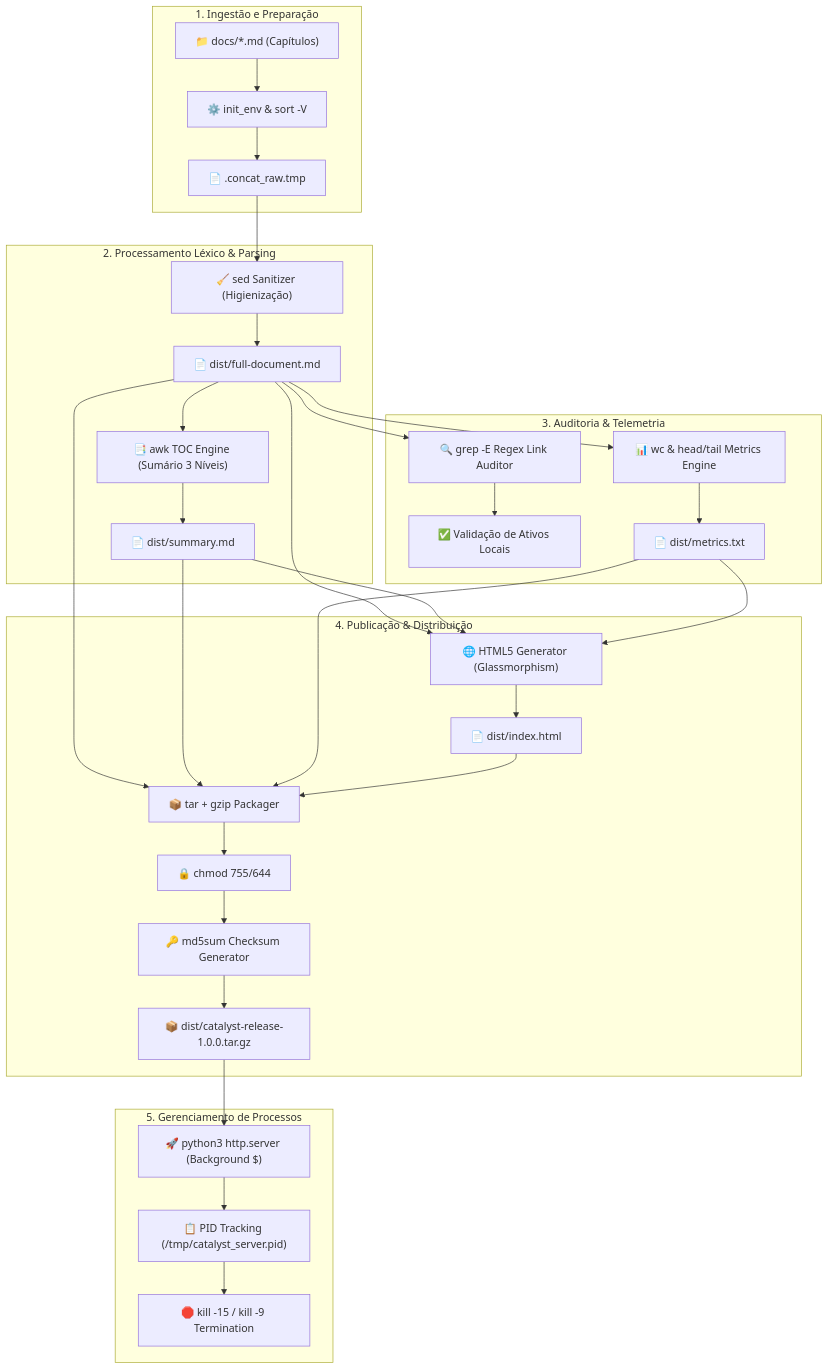
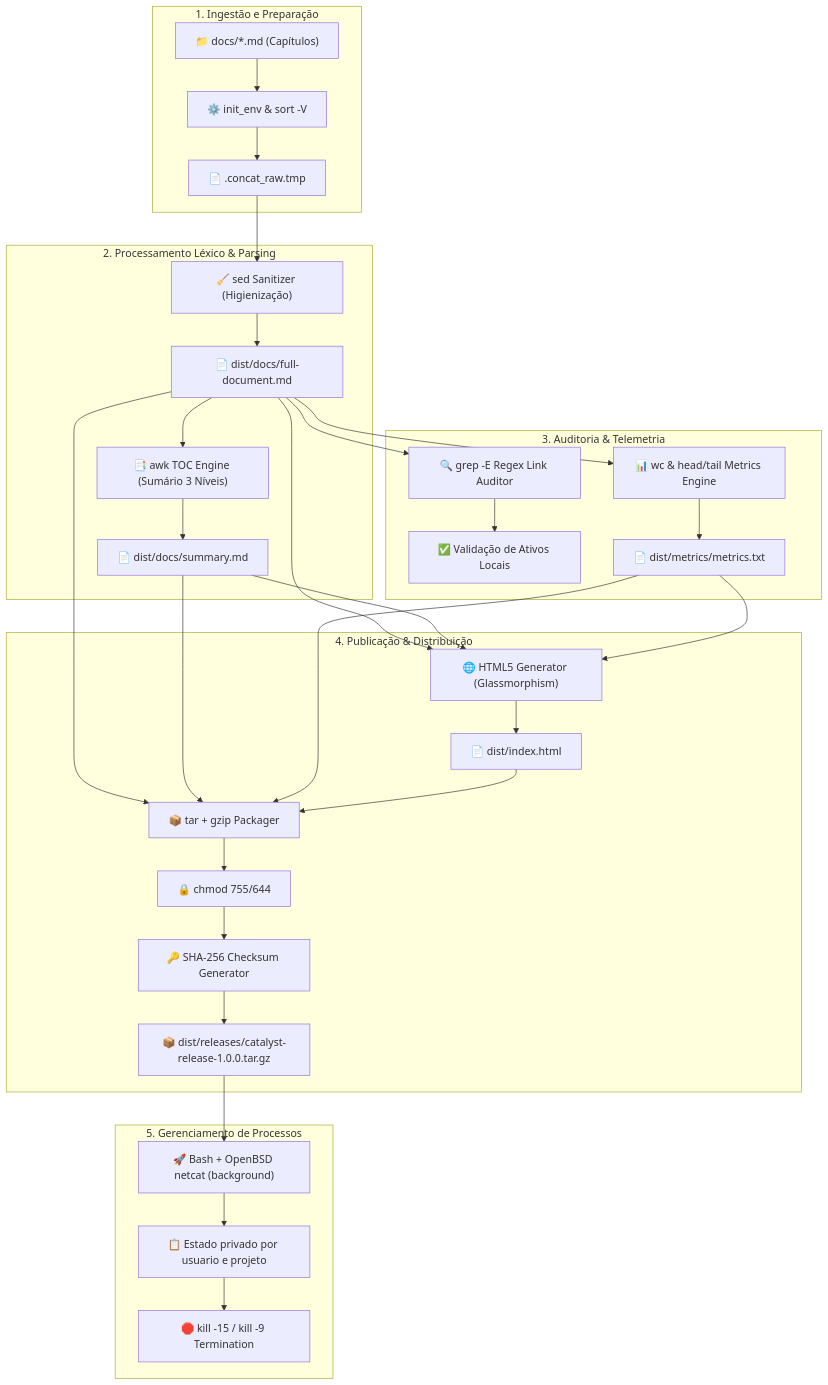
The diagram in docs/02-architecture.md (matheustheus27/CatalystShellEngine), drawn with Mermaid before and after one commit. The commit also changed other lines of this file and 14 other files, not shown here.

````diff
--- a/docs/02-architecture.md
+++ b/docs/02-architecture.md
@@ -17,42 +17,42 @@
 ```mermaid
 flowchart TD
     subgraph INGESTION ["1. Ingestão e Preparação"]
         A["📁 docs/*.md (Capítulos)"] --> B["⚙️ init_env & sort -V"]
         B --> C["📄 .concat_raw.tmp"]
     end
 
     subgraph PROCESSING ["2. Processamento Léxico & Parsing"]
         C --> D["🧹 sed Sanitizer (Higienização)"]
-        D --> E["📄 dist/full-document.md"]
+        D --> E["📄 dist/docs/full-document.md"]
         E --> F["📑 awk TOC Engine (Sumário 3 Níveis)"]
-        F --> G["📄 dist/summary.md"]
+        F --> G["📄 dist/docs/summary.md"]
     end
 
     subgraph AUDIT ["3. Auditoria & Telemetria"]
         E --> H["🔍 grep -E Regex Link Auditor"]
         H --> I["✅ Validação de Ativos Locais"]
         E --> J["📊 wc & head/tail Metrics Engine"]
-        J --> K["📄 dist/metrics.txt"]
+        J --> K["📄 dist/metrics/metrics.txt"]
     end
 
     subgraph ARTIFACTS ["4. Publicação & Distribuição"]
         E --> L["🌐 HTML5 Generator (Glassmorphism)"]
         G --> L
         K --> L
         L --> M["📄 dist/index.html"]
         
         E --> N["📦 tar + gzip Packager"]
         G --> N
         K --> N
         M --> N
         N --> O["🔒 chmod 755/644"]
-        O --> P["🔑 md5sum Checksum Generator"]
-        P --> Q["📦 dist/catalyst-release-1.0.0.tar.gz"]
+        O --> P["🔑 SHA-256 Checksum Generator"]
+        P --> Q["📦 dist/releases/catalyst-release-1.0.0.tar.gz"]
     end
 
     subgraph LIFECYCLE ["5. Gerenciamento de Processos"]
-        Q --> R["🚀 python3 http.server (Background $)"]
-        R --> S["📋 PID Tracking (/tmp/catalyst_server.pid)"]
+        Q --> R["🚀 Bash + OpenBSD netcat (background)"]
+        R --> S["📋 Estado privado por usuario e projeto"]
         S --> T["🛑 kill -15 / kill -9 Termination"]
     end
 ```
````
